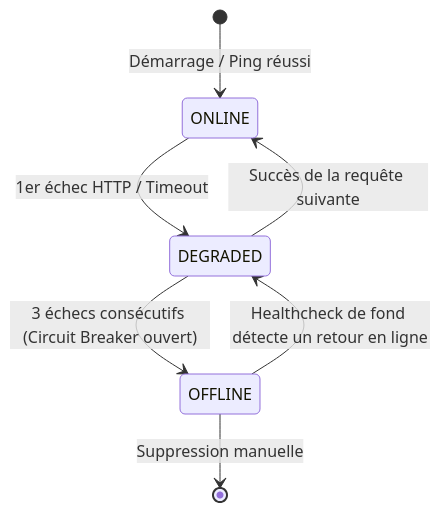
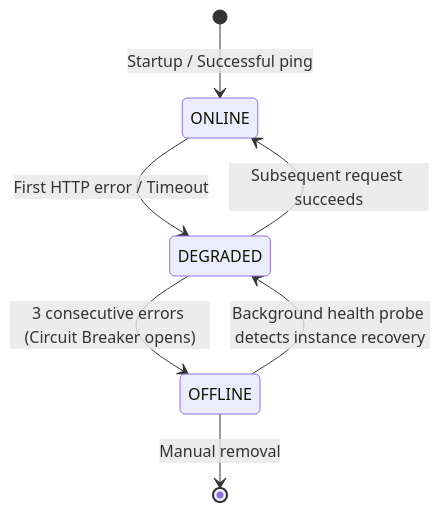
The diagram in wiki/Failover-and-Resilience.md (Philippe1964/LMStudio_MCP_Connector), drawn with Mermaid before and after one commit. The commit also changed other lines of this file and 31 other files, not shown here.

````diff
--- a/wiki/Failover-and-Resilience.md
+++ b/wiki/Failover-and-Resilience.md
@@ -11,9 +9,9 @@
 ```mermaid
 stateDiagram-v2
-    [*] --> ONLINE: Démarrage / Ping réussi
-    ONLINE --> DEGRADED: 1er échec HTTP / Timeout
-    DEGRADED --> ONLINE: Succès de la requête suivante
-    DEGRADED --> OFFLINE: 3 échecs consécutifs (Circuit Breaker ouvert)
-    OFFLINE --> DEGRADED: Healthcheck de fond détecte un retour en ligne
-    OFFLINE --> [*]: Suppression manuelle
+    [*] --> ONLINE: Startup / Successful ping
+    ONLINE --> DEGRADED: First HTTP error / Timeout
+    DEGRADED --> ONLINE: Subsequent request succeeds
+    DEGRADED --> OFFLINE: 3 consecutive errors (Circuit Breaker opens)
+    OFFLINE --> DEGRADED: Background health probe detects instance recovery
+    OFFLINE --> [*]: Manual removal
 ```
````
